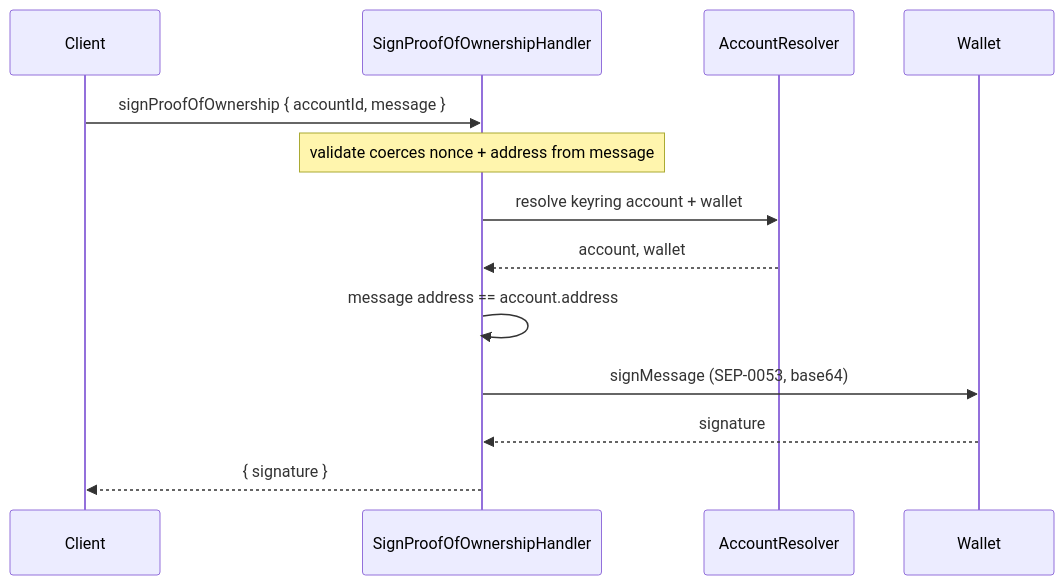
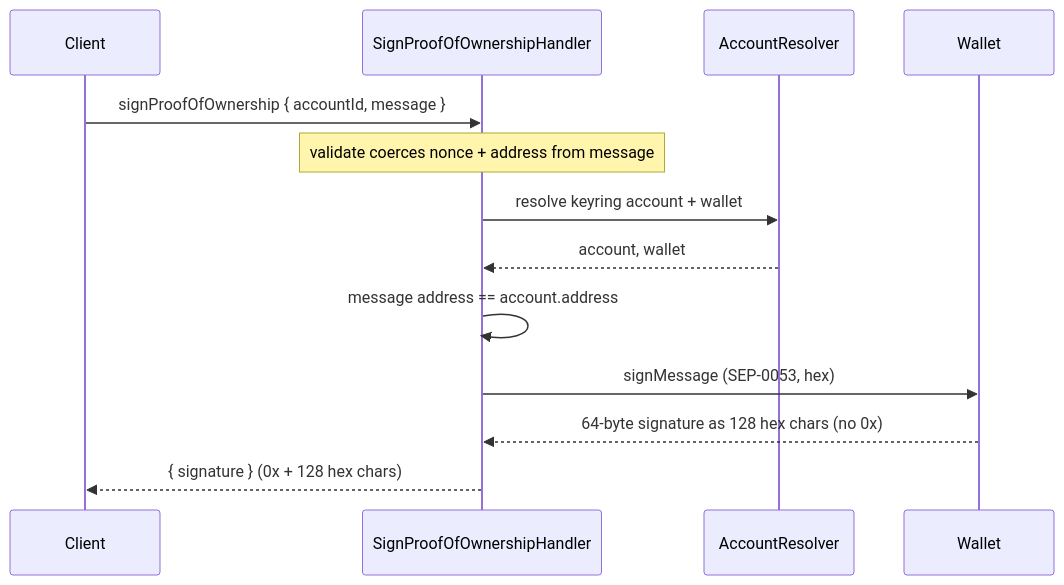
One commit to MetaMask/internal-snaps changed the diagram in packages/stellar-wallet-snap/docs/use-cases/client-request/signProofOfOwnership.md. Above: the diagram before and after it, drawn with Mermaid. The commit also changed other lines of this file and 4 other files, not shown here.

````diff
--- a/packages/stellar-wallet-snap/docs/use-cases/client-request/signProofOfOwnership.md
+++ b/packages/stellar-wallet-snap/docs/use-cases/client-request/signProofOfOwnership.md
@@ -61,16 +63,16 @@
 ```mermaid
 sequenceDiagram
   participant Client
   participant Handler as SignProofOfOwnershipHandler
   participant Resolver as AccountResolver
   participant Wallet
 
   Client->>Handler: signProofOfOwnership { accountId, message }
   Note over Handler: validate coerces nonce + address from message
   Handler->>Resolver: resolve keyring account + wallet
   Resolver-->>Handler: account, wallet
   Handler->>Handler: message address == account.address
-  Handler->>Wallet: signMessage (SEP-0053, base64)
-  Wallet-->>Handler: signature
-  Handler-->>Client: { signature }
+  Handler->>Wallet: signMessage (SEP-0053, hex)
+  Wallet-->>Handler: 64-byte signature as 128 hex chars (no 0x)
+  Handler-->>Client: { signature } (0x + 128 hex chars)
 ```
````
